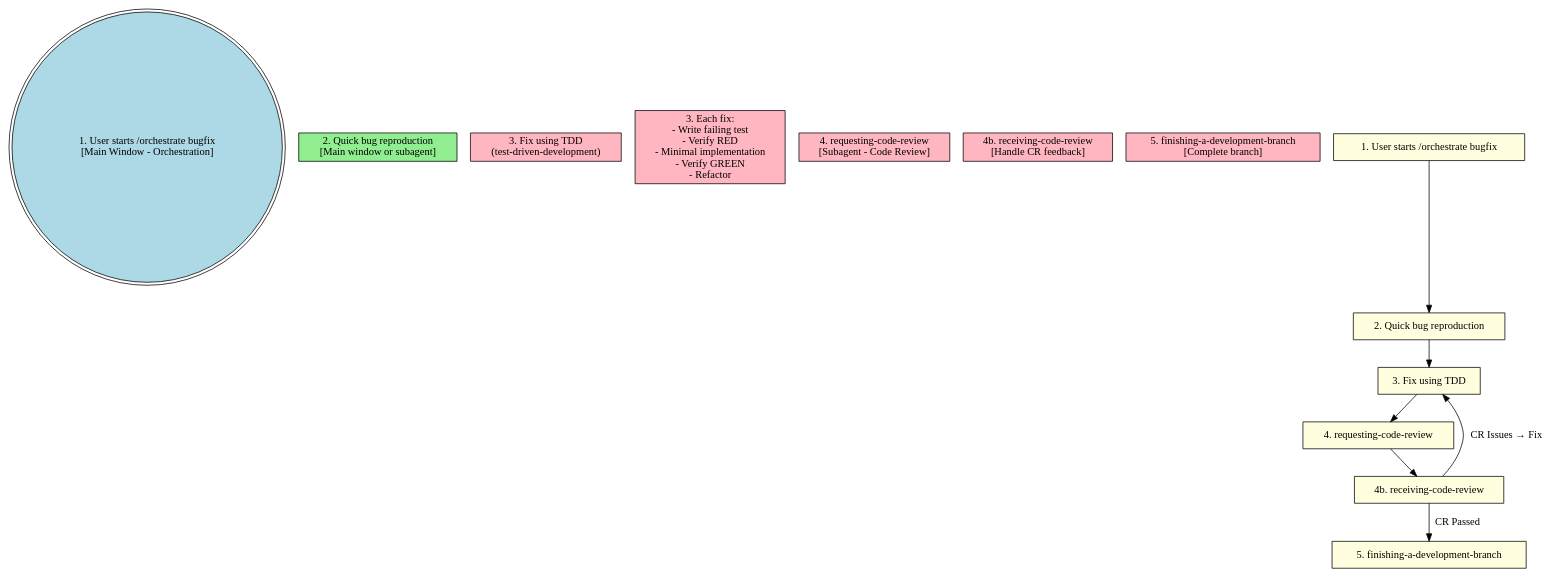
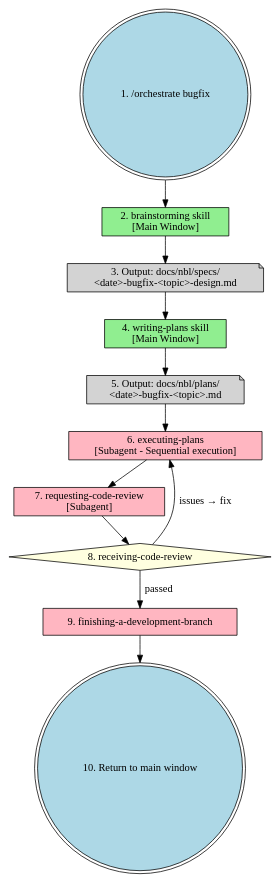
One commit to icefrag/guozhi-claude-code changed the second of 2 diagrams in skills/nbl.orchestrate/SKILL.md. Above: the diagram before and after it, drawn with Graphviz. The commit also changed other lines of this file, not shown here.

First line of the commit message:
refactor(orchestrate): simplify workflow to feature and bugfix only

````diff
--- a/skills/nbl.orchestrate/SKILL.md
+++ b/skills/nbl.orchestrate/SKILL.md
@@ -143,25 +86,32 @@
 ```dot
 digraph orchestrate_bugfix_workflow {
     rankdir=TB;
     node [shape=box style=filled fillcolor=lightyellow];
 
-    "1. User starts /orchestrate bugfix\n[Main Window - Orchestration]" [shape=doublecircle fillcolor=lightblue];
+    "1. /orchestrate bugfix" [shape=doublecircle fillcolor=lightblue];
 
-    "2. Quick bug reproduction\n[Main window or subagent]" [fillcolor=lightgreen];
+    "2. brainstorming skill\n[Main Window]" [fillcolor=lightgreen];
+    "3. Output: docs/nbl/specs/\n<date>-bugfix-<topic>-design.md" [shape=note fillcolor=lightgray];
 
-    "3. Fix using TDD\n(test-driven-development)" [fillcolor=lightpink];
-    "3. Each fix:\n- Write failing test\n- Verify RED\n- Minimal implementation\n- Verify GREEN\n- Refactor" [fillcolor=lightpink];
+    "4. writing-plans skill\n[Main Window]" [fillcolor=lightgreen];
+    "5. Output: docs/nbl/plans/\n<date>-bugfix-<topic>.md" [shape=note fillcolor=lightgray];
 
-    "4. requesting-code-review\n[Subagent - Code Review]" [fillcolor=lightpink];
-    "4b. receiving-code-review\n[Handle CR feedback]" [fillcolor=lightpink];
+    "6. executing-plans\n[Subagent - Sequential execution]" [fillcolor=lightpink];
 
-    "5. finishing-a-development-branch\n[Complete branch]" [fillcolor=lightpink];
+    "7. requesting-code-review\n[Subagent]" [fillcolor=lightpink];
+    "8. receiving-code-review" [shape=diamond fillcolor=lightyellow];
+    "9. finishing-a-development-branch" [fillcolor=lightpink];
+    "10. Return to main window" [shape=doublecircle fillcolor=lightblue];
 
-    "1. User starts /orchestrate bugfix" -> "2. Quick bug reproduction";
-    "2. Quick bug reproduction" -> "3. Fix using TDD";
-    "3. Fix using TDD" -> "4. requesting-code-review";
-    "4. requesting-code-review" -> "4b. receiving-code-review";
-    "4b. receiving-code-review" -> "5. finishing-a-development-branch" [label="CR Passed"];
-    "4b. receiving-code-review" -> "3. Fix using TDD" [label="CR Issues → Fix"];
+    "1. /orchestrate bugfix" -> "2. brainstorming skill\n[Main Window]";
+    "2. brainstorming skill\n[Main Window]" -> "3. Output: docs/nbl/specs/\n<date>-bugfix-<topic>-design.md";
+    "3. Output: docs/nbl/specs/\n<date>-bugfix-<topic>-design.md" -> "4. writing-plans skill\n[Main Window]";
+    "4. writing-plans skill\n[Main Window]" -> "5. Output: docs/nbl/plans/\n<date>-bugfix-<topic>.md";
+    "5. Output: docs/nbl/plans/\n<date>-bugfix-<topic>.md" -> "6. executing-plans\n[Subagent - Sequential execution]";
+    "6. executing-plans\n[Subagent - Sequential execution]" -> "7. requesting-code-review\n[Subagent]";
+    "7. requesting-code-review\n[Subagent]" -> "8. receiving-code-review";
+    "8. receiving-code-review" -> "6. executing-plans\n[Subagent - Sequential execution]" [label="issues → fix"];
+    "8. receiving-code-review" -> "9. finishing-a-development-branch" [label="passed"];
+    "9. finishing-a-development-branch" -> "10. Return to main window";
 }
 ```
````
